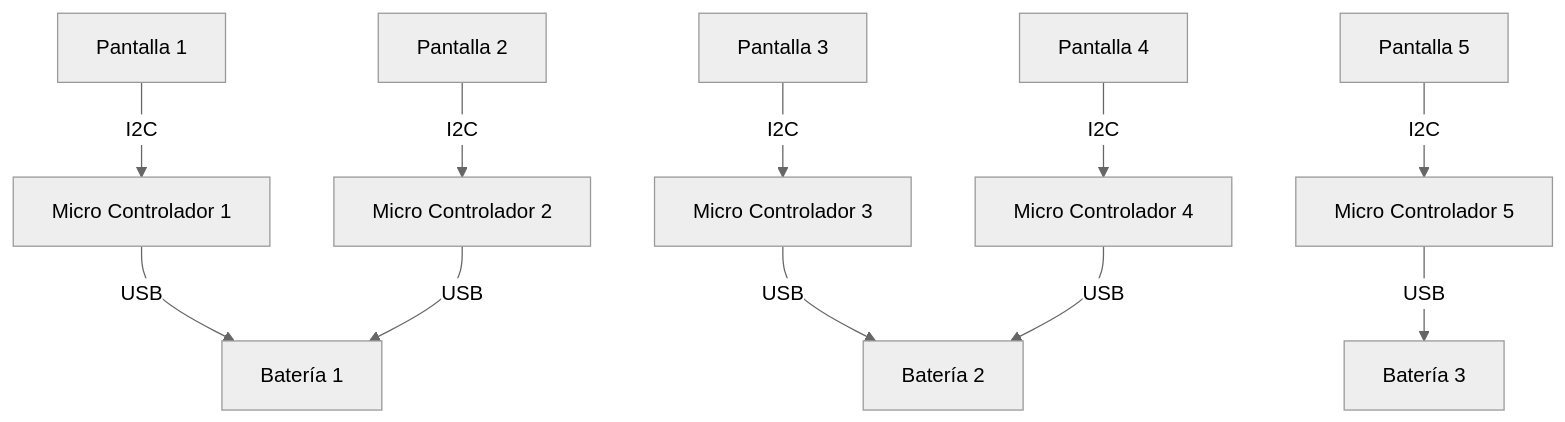
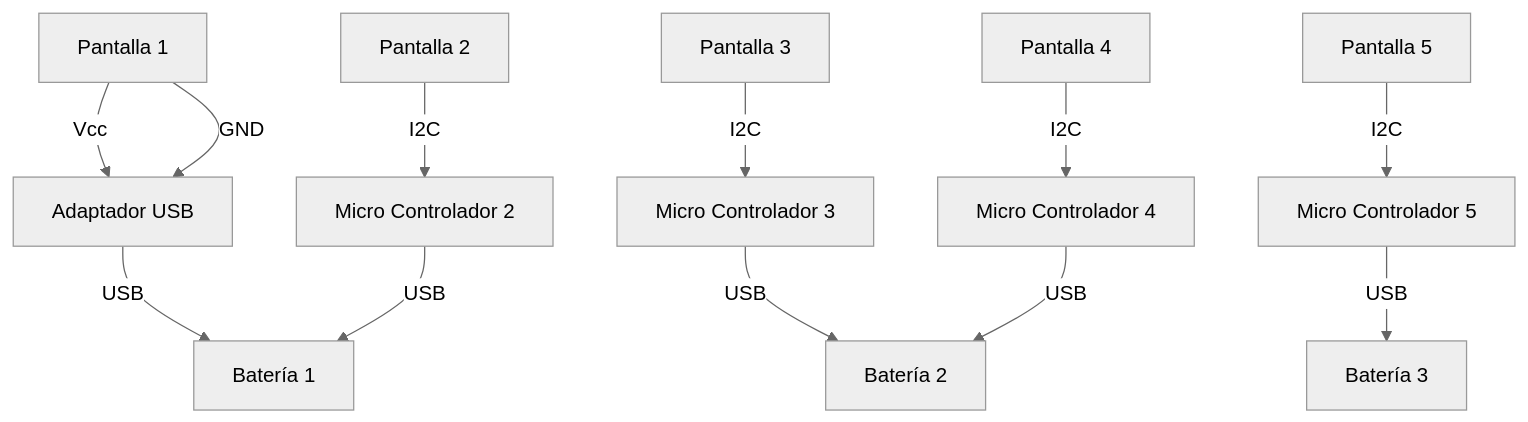
The diagram in Diagrama/DiagramaConexion.md (hugoescalpelo/Exp4nd1ng-P3rs0n4l), drawn with Mermaid (neutral theme) before and after one commit.

Commit message:
Prueba de diagrama de conexión

````diff
--- a/Diagrama/DiagramaConexion.md
+++ b/Diagrama/DiagramaConexion.md
@@ -5,17 +5,18 @@
 ```mermaid
 graph TD;
-    P1[Pantalla 1] --> |I2C| MC1[Micro Controlador 1]
-    MC1 --> |USB| B1[Batería 1];
+    P1[Pantalla 1] --> |Vcc| USBA[Adaptador USB]
+    USBA --> |USB| B1[Batería 1]
+    P1 --> |GND| USBA;
     
     P2[Pantalla 2] --> |I2C| MC2[Micro Controlador 2]
     MC2 --> |USB| B1[Batería 1];
 
     P3[Pantalla 3] --> |I2C| MC3[Micro Controlador 3]
     MC3 --> |USB| B2[Batería 2];
 
     P4[Pantalla 4] --> |I2C| MC4[Micro Controlador 4]
     MC4 --> |USB| B2[Batería 2];
 
     P5[Pantalla 5] --> |I2C| MC5[Micro Controlador 5]
     MC5 --> |USB| B3[Batería 3];
 ```
````
